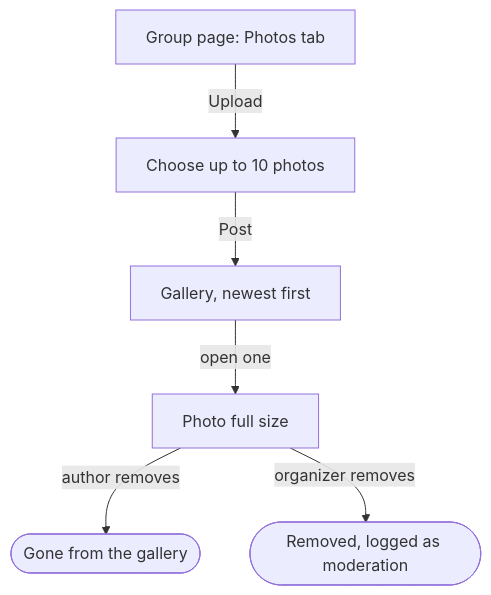
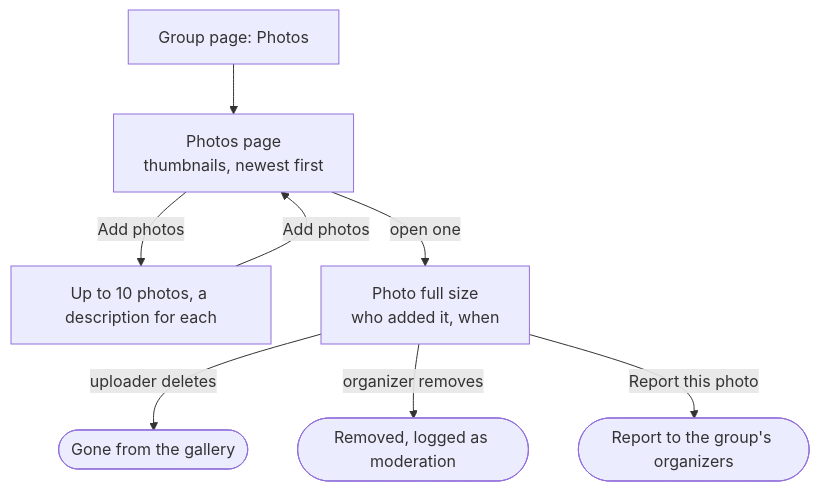
One commit to sarahrittertech-commits/outdoorscommunityapp changed diagram 21 of 32 in docs/user-flows.md. Above: the diagram before and after it, drawn with Mermaid. The commit also changed other lines of this file and 9 other files, not shown here.

````diff
--- a/docs/user-flows.md
+++ b/docs/user-flows.md
@@ -296,8 +298,10 @@
 ```mermaid
 flowchart TD
-  group["Group page: Photos tab"] -->|Upload| upload["Choose up to 10 photos"]
-  upload -->|Post| gallery["Gallery, newest first"]
-  gallery -->|open one| full["Photo full size"]
-  full -->|author removes| removed(["Gone from the gallery"])
+  group["Group page: Photos"] --> photos["Photos page<br/>thumbnails, newest first"]
+  photos -->|Add photos| upload["Up to 10 photos, a description for each"]
+  upload -->|Add photos| photos
+  photos -->|open one| full["Photo full size<br/>who added it, when"]
+  full -->|uploader deletes| removed(["Gone from the gallery"])
   full -->|organizer removes| modded(["Removed, logged as moderation"])
+  full -->|Report this photo| report(["Report to the group's organizers"])
 ```
````
